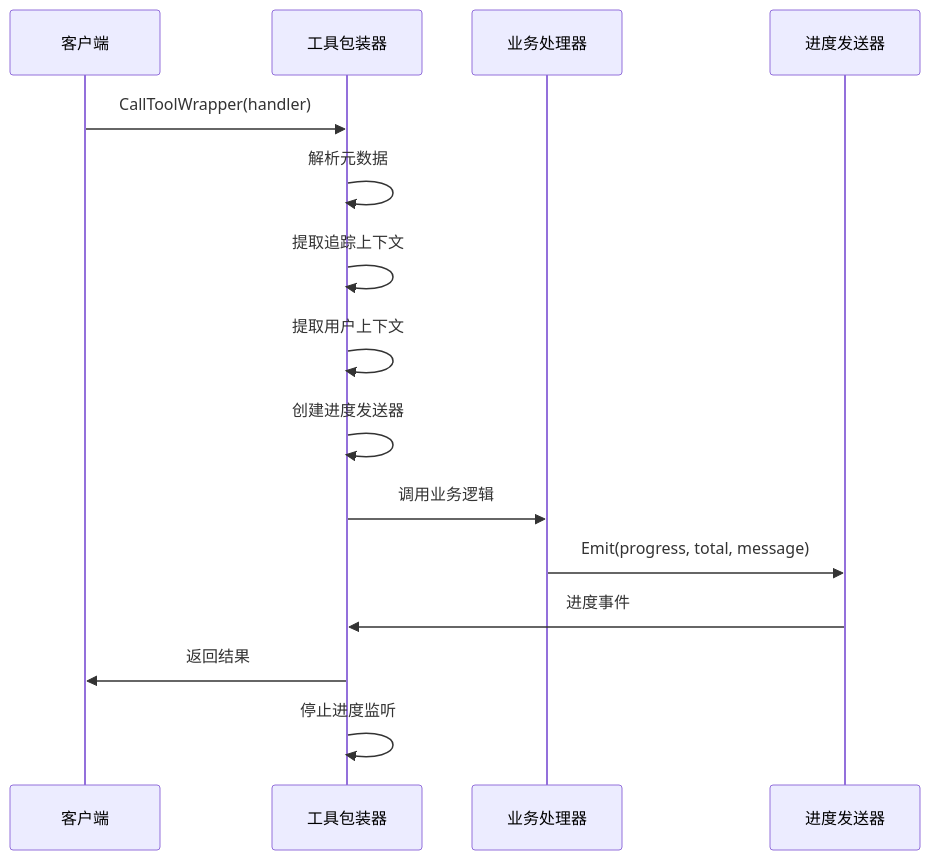
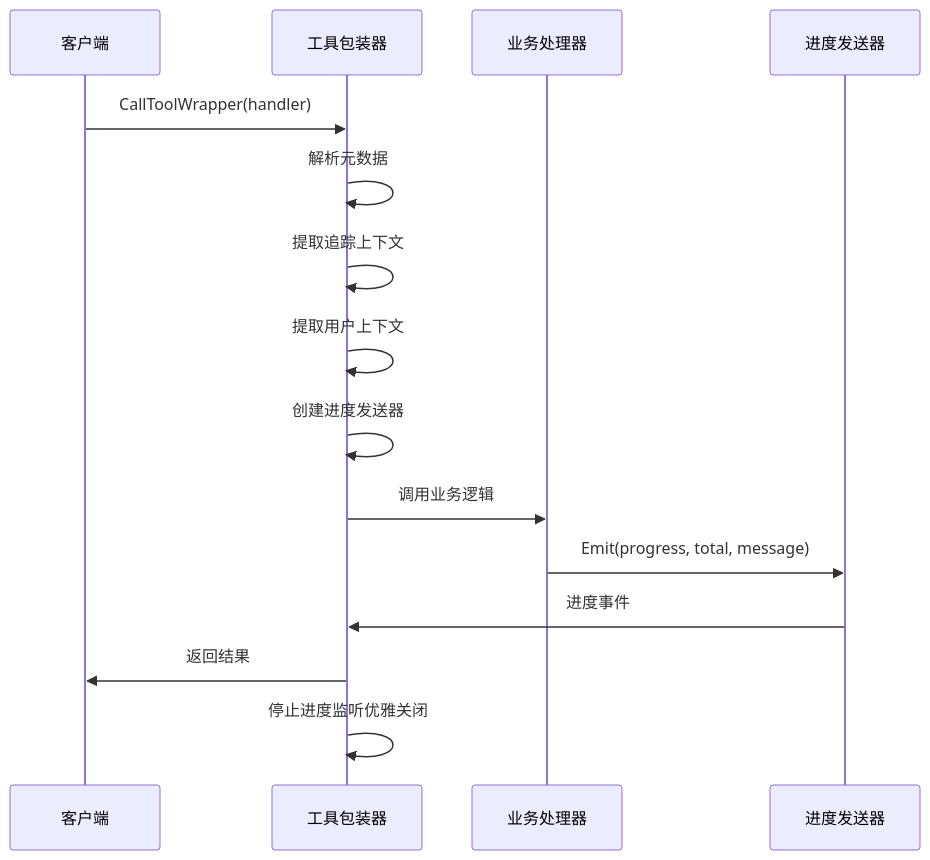
Before and after one commit to maomao94/zero-service: the seventh of 17 diagrams in .qoder/repowiki/zh/content/Mcpx客户端包.md, drawn with Mermaid. The commit also changed other lines of this file and 48 other files, not shown here.

````diff
--- a/.qoder/repowiki/zh/content/Mcpx客户端包.md
+++ b/.qoder/repowiki/zh/content/Mcpx客户端包.md
@@ -373,17 +371,17 @@
 ```mermaid
 sequenceDiagram
 participant Client as 客户端
 participant Wrapper as 工具包装器
 participant Handler as 业务处理器
 participant Sender as 进度发送器
 Client->>Wrapper : CallToolWrapper(handler)
 Wrapper->>Wrapper : 解析元数据
 Wrapper->>Wrapper : 提取追踪上下文
 Wrapper->>Wrapper : 提取用户上下文
 Wrapper->>Wrapper : 创建进度发送器
 Wrapper->>Handler : 调用业务逻辑
 Handler->>Sender : Emit(progress, total, message)
 Sender->>Wrapper : 进度事件
 Wrapper->>Client : 返回结果
-Wrapper->>Wrapper : 停止进度监听
+Wrapper->>Wrapper : 停止进度监听优雅关闭
 ```
````
